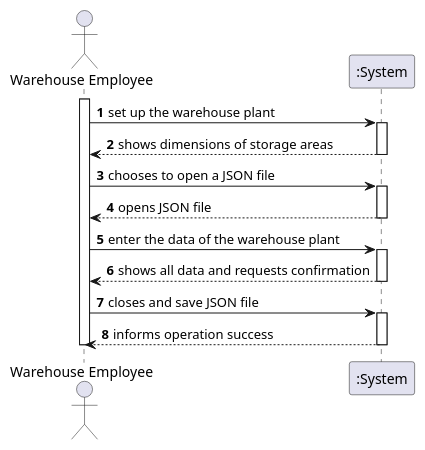
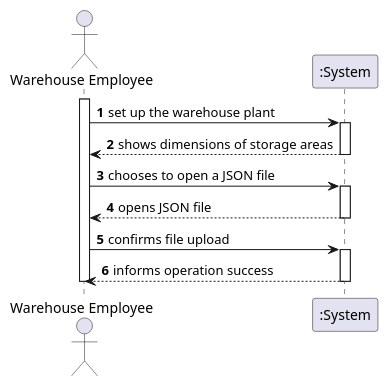
The diagram in docs/Sprint2/US2001/US2001_SSD.puml (marttuga/LAPR4-SmartSystems), drawn with PlantUML before and after one commit.

Commit message:
<L2L20-15> US2001: SSD (updated)

```diff
--- a/docs/Sprint2/US2001/US2001_SSD.puml
+++ b/docs/Sprint2/US2001/US2001_SSD.puml
@@ -1,34 +1,28 @@
 @startuml
 autonumber
 actor "Warehouse Employee" as WE
 
 activate WE
 
 WE -> ":System" : set up the warehouse plant
 activate ":System"
 
 ":System" --> WE : shows dimensions of storage areas
 deactivate ":System"
 
 WE -> ":System" : chooses to open a JSON file
 activate ":System"
 
 ":System" --> WE : opens JSON file
 deactivate ":System"
 
-WE -> ":System" : enter the data of the warehouse plant
-activate ":System"
-
-":System" --> WE : shows all data and requests confirmation
-deactivate ":System"
-
-WE -> ":System" : closes and save JSON file
+WE -> ":System" : confirms file upload
 activate ":System"
 
 ":System" --> WE : informs operation success
 deactivate ":System"
 
 deactivate ":System"
 deactivate WE
 
 @enduml
```
